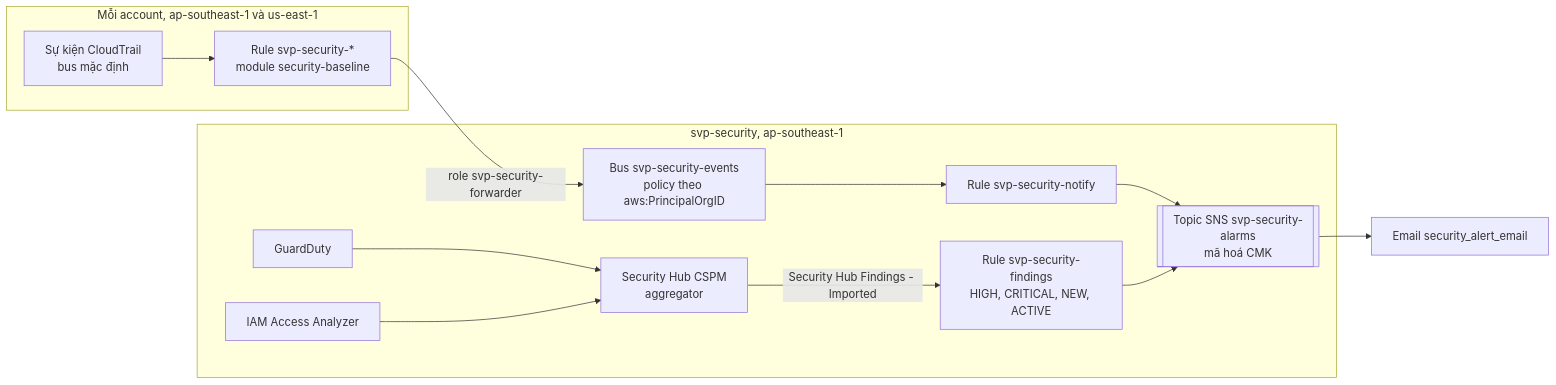
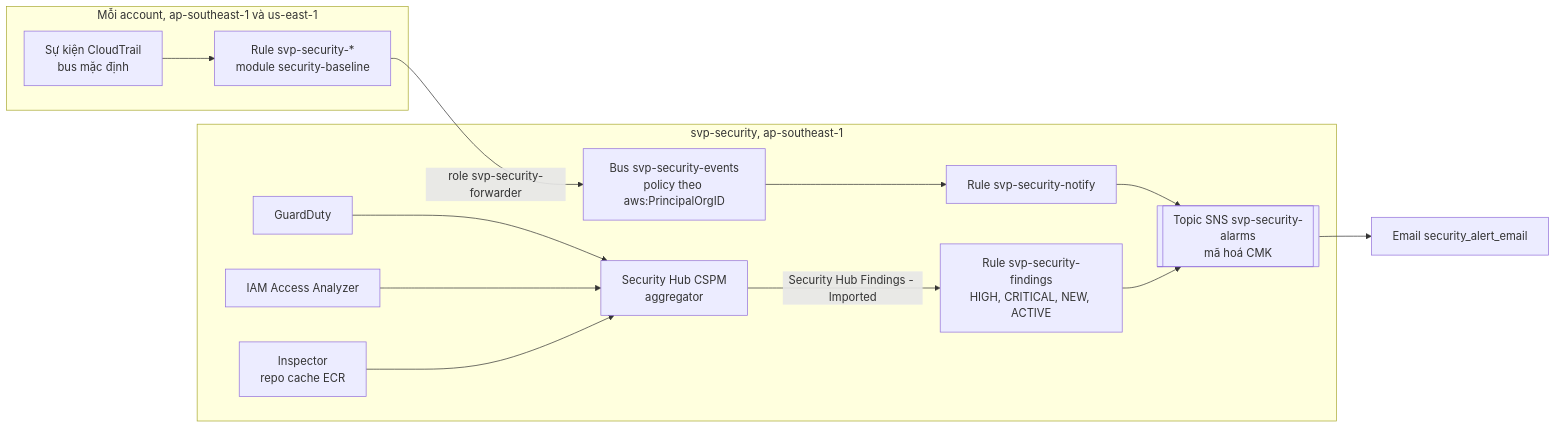
One commit to anhnvcoder/svp-backend changed the fourth of 5 diagrams in docs/explanation/aws-security.md. Above: the diagram before and after it, drawn with Mermaid. The commit also changed other lines of this file and 26 other files, not shown here.

````diff
--- a/docs/explanation/aws-security.md
+++ b/docs/explanation/aws-security.md
@@ -197,16 +300,17 @@
 ```mermaid
 flowchart LR
     subgraph acct["Mỗi account, ap-southeast-1 và us-east-1"]
         ct["Sự kiện CloudTrail<br/>bus mặc định"] --> fwd["Rule svp-security-*<br/>module security-baseline"]
     end
     subgraph sec["svp-security, ap-southeast-1"]
         bus["Bus svp-security-events<br/>policy theo aws:PrincipalOrgID"] --> notify["Rule svp-security-notify"]
         gd["GuardDuty"] --> sh["Security Hub CSPM<br/>aggregator"]
         aa["IAM Access Analyzer"] --> sh
+        insp["Inspector<br/>repo cache ECR"] --> sh
         sh -->|"Security Hub Findings - Imported"| findings["Rule svp-security-findings<br/>HIGH, CRITICAL, NEW, ACTIVE"]
         notify --> sns[["Topic SNS svp-security-alarms<br/>mã hoá CMK"]]
         findings --> sns
     end
     fwd -->|"role svp-security-forwarder"| bus
     sns --> mail["Email security_alert_email"]
 ```
````
